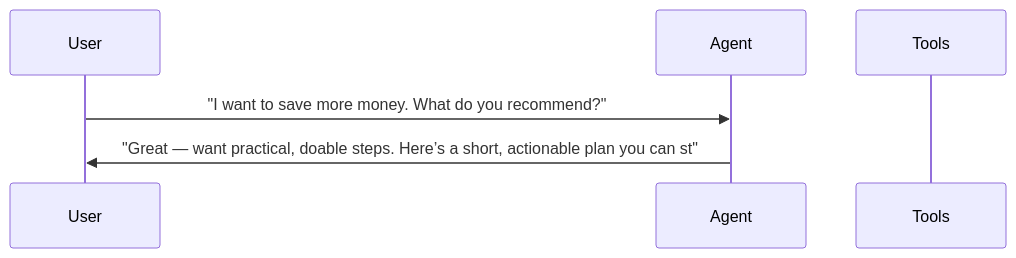
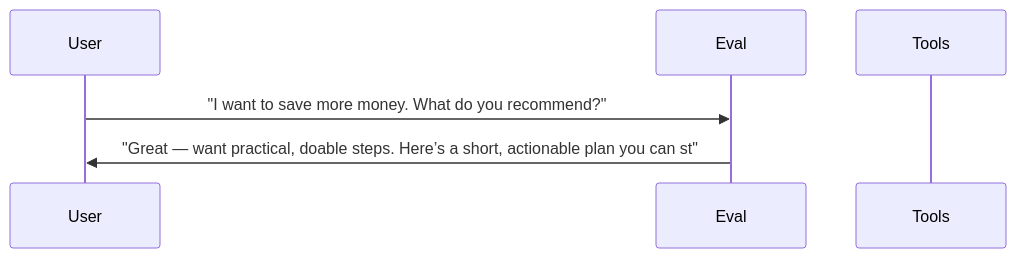
Before and after one commit to sbroenne/pytest-skill-engineering: the fourth of 4 diagrams in docs/reports/07_skill_improvement.md, drawn with Mermaid. The commit also changed other lines of this file and 155 other files, not shown here.

````diff
--- a/docs/reports/07_skill_improvement.md
+++ b/docs/reports/07_skill_improvement.md
@@ -269,9 +269,9 @@
 ```mermaid
 sequenceDiagram
     participant User
-    participant Agent
+    participant Eval
     participant Tools
 
-    User->>Agent: "I want to save more money. What do you recommend?"
-    Agent->>User: "Great — want practical, doable steps. Here’s a short, actionable plan you can st"
+    User->>Eval: "I want to save more money. What do you recommend?"
+    Eval->>User: "Great — want practical, doable steps. Here’s a short, actionable plan you can st"
 ```
````
